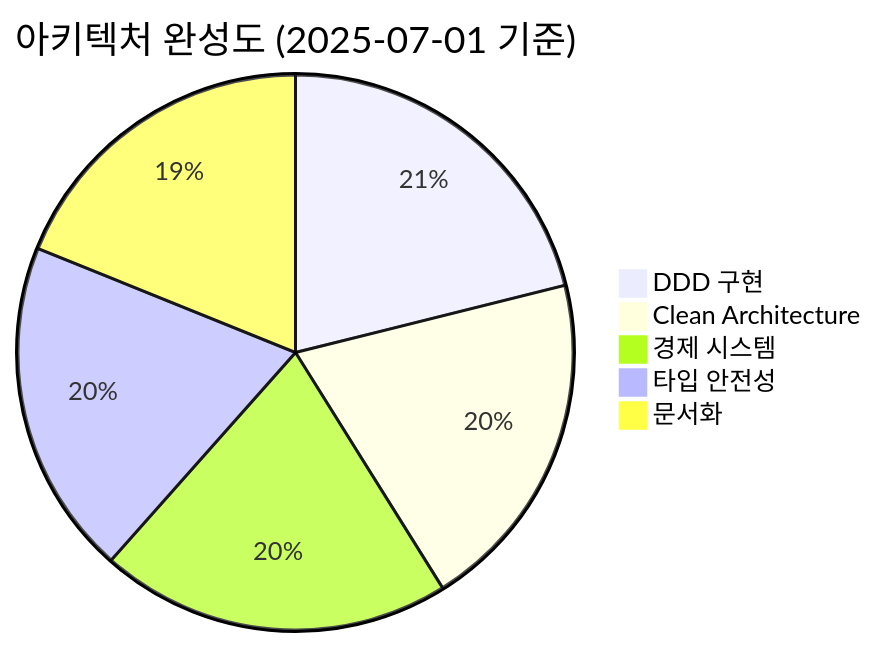
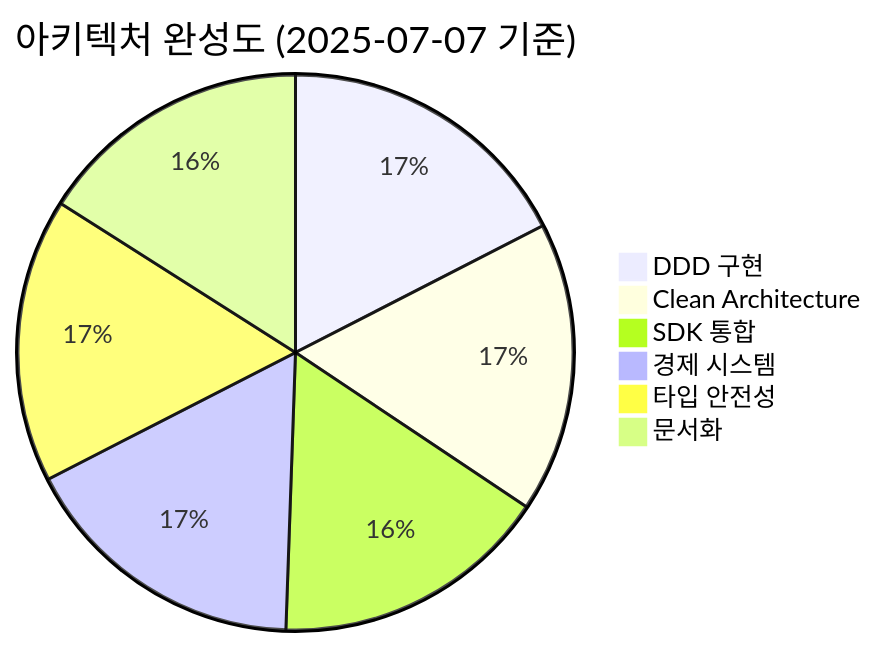
The third of 9 diagrams in README.md (positivemultiplier/posmul), drawn with Mermaid before and after one commit. The commit also changed other lines of this file and 697 other files, not shown here.

````diff
--- a/README.md
+++ b/README.md
@@ -63,8 +347,9 @@
 ```mermaid
-pie title 아키텍처 완성도 (2025-07-01 기준)
+pie title 아키텍처 완성도 (2025-07-07 기준)
     "DDD 구현" : 95
-    "Clean Architecture" : 90
+    "Clean Architecture" : 92
+    "SDK 통합" : 88
     "경제 시스템" : 92
-    "타입 안전성" : 88
-    "문서화" : 85
+    "타입 안전성" : 90
+    "문서화" : 87
 ```
````
